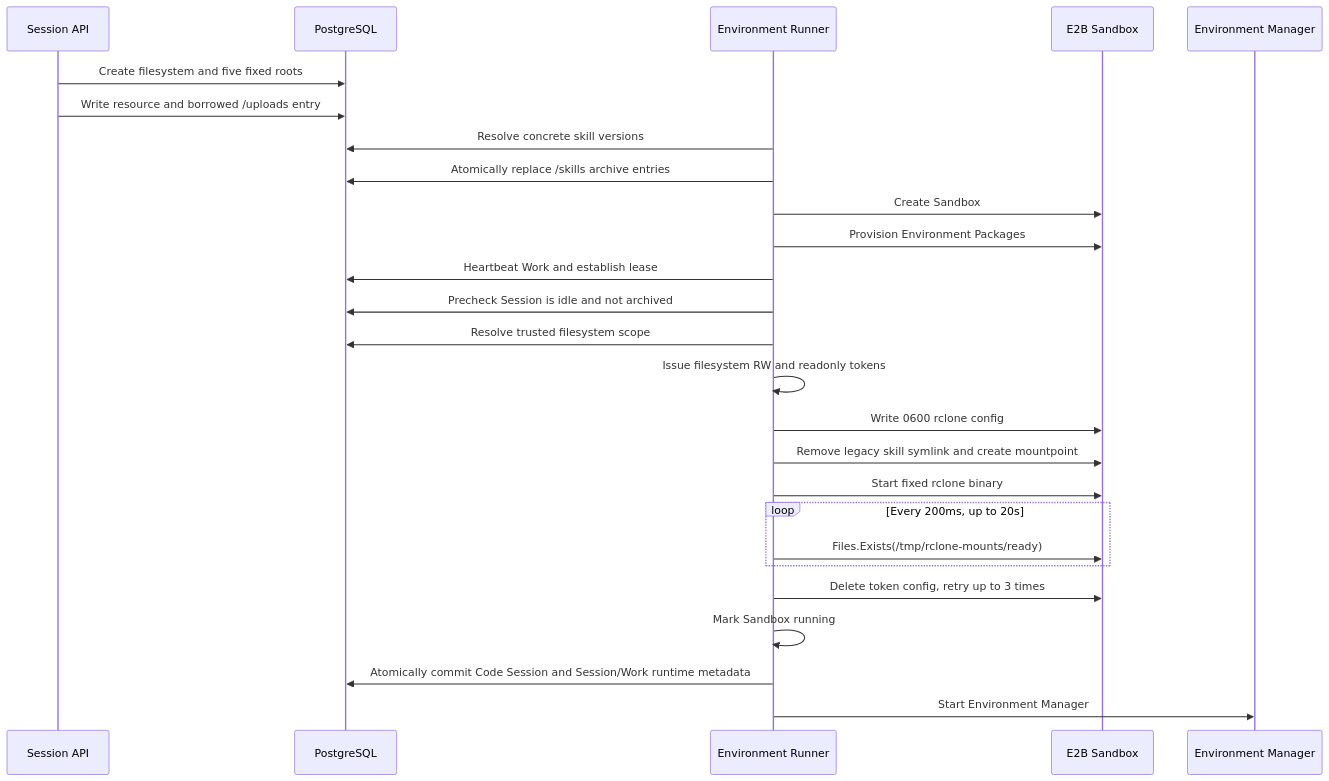
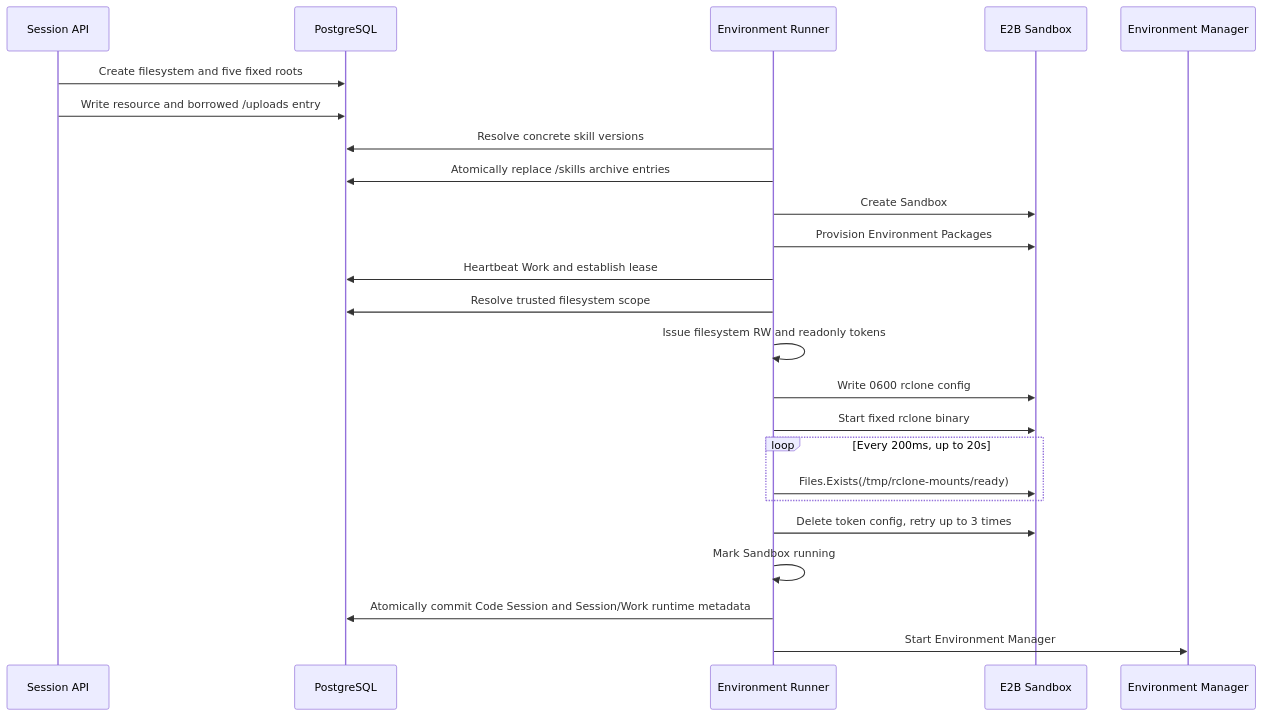
Before and after one commit to superduck-ai/open-managed-agents: the second of 4 diagrams in docs/design/be/filestore.md, drawn with Mermaid. The commit also changed other lines of this file and 26 other files, not shown here.

````diff
--- a/docs/design/be/filestore.md
+++ b/docs/design/be/filestore.md
@@ -140,28 +140,26 @@
 ```mermaid
 sequenceDiagram
     participant A as Session API
     participant D as PostgreSQL
     participant R as Environment Runner
     participant E as E2B Sandbox
     participant M as Environment Manager
     A->>D: Create filesystem and five fixed roots
     A->>D: Write resource and borrowed /uploads entry
     R->>D: Resolve concrete skill versions
     R->>D: Atomically replace /skills archive entries
     R->>E: Create Sandbox
     R->>E: Provision Environment Packages
     R->>D: Heartbeat Work and establish lease
-    R->>D: Precheck Session is idle and not archived
     R->>D: Resolve trusted filesystem scope
     R->>R: Issue filesystem RW and readonly tokens
     R->>E: Write 0600 rclone config
-    R->>E: Remove legacy skill symlink and create mountpoint
     R->>E: Start fixed rclone binary
     loop Every 200ms, up to 20s
         R->>E: Files.Exists(/tmp/rclone-mounts/ready)
     end
     R->>E: Delete token config, retry up to 3 times
     R->>R: Mark Sandbox running
     R->>D: Atomically commit Code Session and Session/Work runtime metadata
     R->>M: Start Environment Manager
 ```
````
